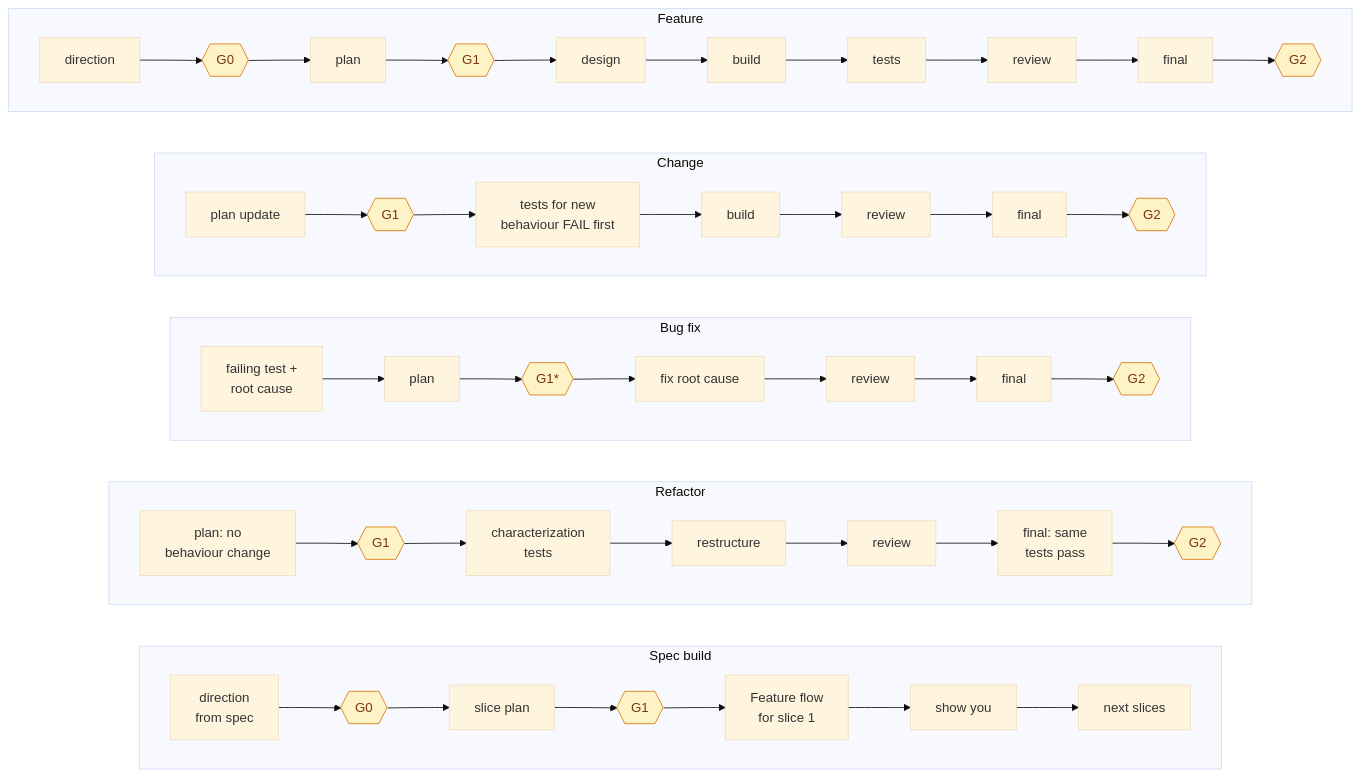
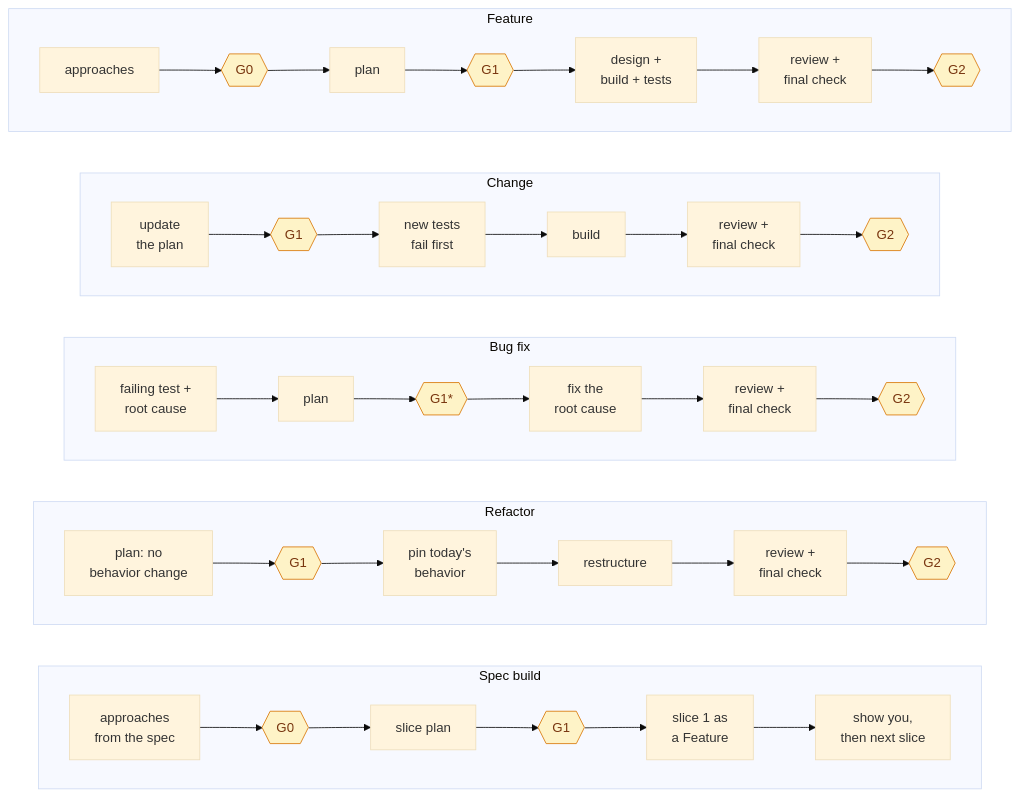
The diagram in docs/images/src/flows.mmd (suryas91/claude-skills), drawn with Mermaid (base theme) before and after one commit. The commit also changed 31 other files, not shown here.

```diff
--- a/docs/images/src/flows.mmd
+++ b/docs/images/src/flows.mmd
@@ -1,23 +1,23 @@
 flowchart LR
     subgraph S [Spec build]
         direction LR
-        s1[direction<br/>from spec] --> s0{{G0}} --> s2[slice plan] --> s1g{{G1}} --> s3[Feature flow<br/>for slice 1] --> s4[show you] --> s5[next slices]
+        s1[approaches<br/>from the spec] --> s0{{G0}} --> s2[slice plan] --> s1g{{G1}} --> s3[slice 1 as<br/>a Feature] --> s4[show you,<br/>then next slice]
     end
     subgraph R [Refactor]
         direction LR
-        r1[plan: no<br/>behaviour change] --> r1g{{G1}} --> r2[characterization<br/>tests] --> r3[restructure] --> r4[review] --> r5[final: same<br/>tests pass] --> r2g{{G2}}
+        r1[plan: no<br/>behavior change] --> r1g{{G1}} --> r2[pin today's<br/>behavior] --> r3[restructure] --> r4[review +<br/>final check] --> r2g{{G2}}
     end
     subgraph B [Bug fix]
         direction LR
-        b1[failing test +<br/>root cause] --> b2[plan] --> b1g{{G1*}} --> b3[fix root cause] --> b4[review] --> b5[final] --> b2g{{G2}}
+        b1[failing test +<br/>root cause] --> b2[plan] --> b1g{{G1*}} --> b3[fix the<br/>root cause] --> b4[review +<br/>final check] --> b2g{{G2}}
     end
     subgraph C [Change]
         direction LR
-        c1[plan update] --> c1g{{G1}} --> c2[tests for new<br/>behaviour FAIL first] --> c3[build] --> c4[review] --> c5[final] --> c2g{{G2}}
+        c1[update<br/>the plan] --> c1g{{G1}} --> c2[new tests<br/>fail first] --> c3[build] --> c4[review +<br/>final check] --> c2g{{G2}}
     end
     subgraph F [Feature]
         direction LR
-        f1[direction] --> f0{{G0}} --> f2[plan] --> f1g{{G1}} --> f3[design] --> f4[build] --> f5[tests] --> f6[review] --> f7[final] --> f2g{{G2}}
+        f1[approaches] --> f0{{G0}} --> f2[plan] --> f1g{{G1}} --> f3[design +<br/>build + tests] --> f4[review +<br/>final check] --> f2g{{G2}}
     end
     classDef gate fill:#fef3c7,stroke:#d97706,color:#78350f
     class f0,f1g,f2g,c1g,c2g,b1g,b2g,r1g,r2g,s0,s1g gate
```
